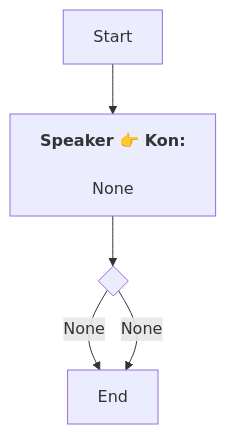
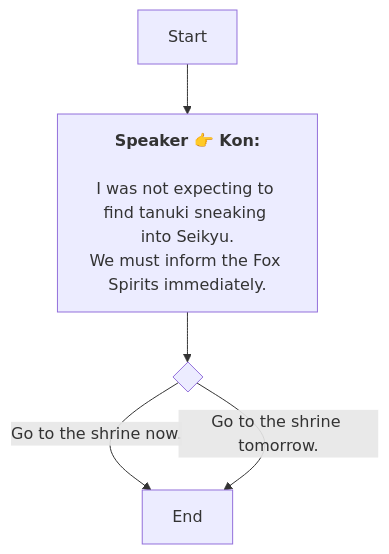
Before and after one commit to SoftHu/tos_avg: the diagram in En/QuestStartTalkENode_1761909448383730.md, drawn with Mermaid. The commit also changed 297 other files, not shown here.

````diff
--- a/En/QuestStartTalkENode_1761909448383730.md
+++ b/En/QuestStartTalkENode_1761909448383730.md
@@ -1,10 +1,11 @@
 ```mermaid
 graph
 Start -->1761910188962040[<b>Speaker 👉 Kon:</b>
 
-None]
+I was not expecting to find tanuki sneaking into Seikyu.
+We must inform the Fox Spirits immediately.]
 1761910188962040 -->1761910229996794{ }
-1761910229996794 -->|None|1761910593586431[End]
-1761910229996794 -->|None|1761910593586431[End]
+1761910229996794 -->|Go to the shrine now.|1761910593586431[End]
+1761910229996794 -->|Go to the shrine tomorrow.|1761910593586431[End]
 
  ```
````
